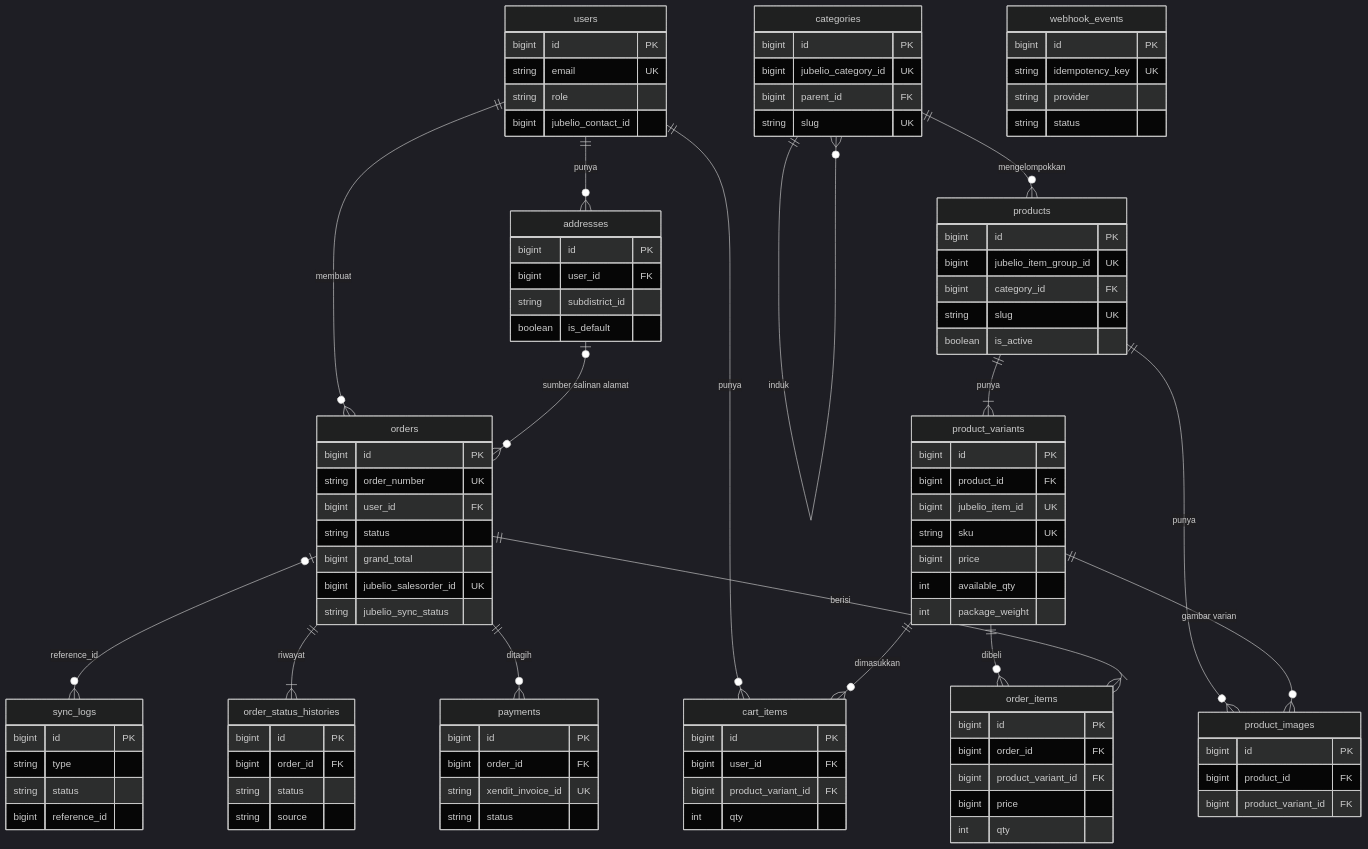
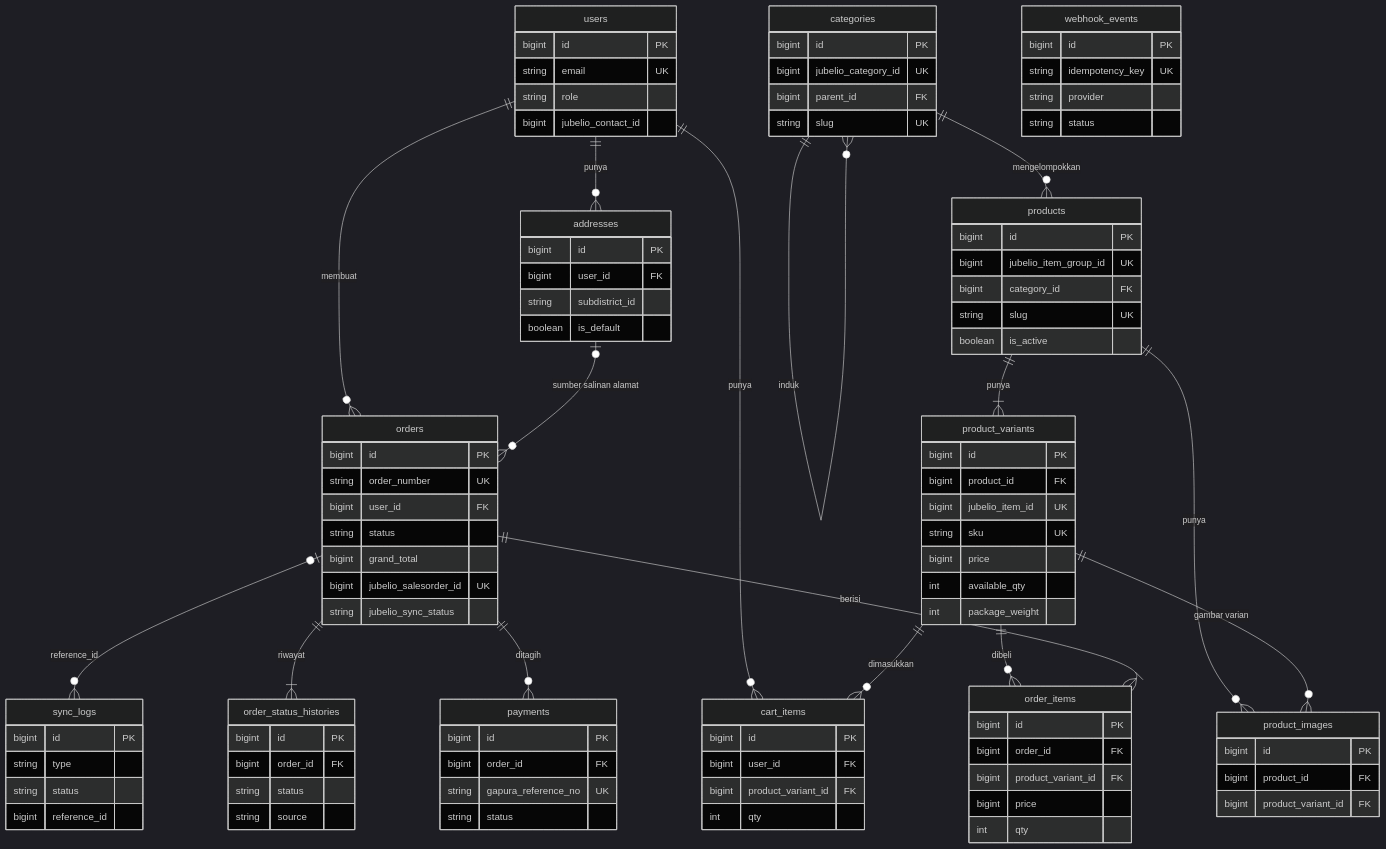
One commit to Zhafransss/E-Commers-Saeful-Askar changed the diagram in docs/erd.md. Above: the diagram before and after it, drawn with Mermaid (dark theme). The commit also changed other lines of this file and 118 other files, not shown here.

```diff
--- a/docs/erd.md
+++ b/docs/erd.md
@@ -103,7 +103,7 @@
   payments {
     bigint id PK
     bigint order_id FK
-    string xendit_invoice_id UK
+    string gapura_reference_no UK
     string status
   }
   order_status_histories {
```
